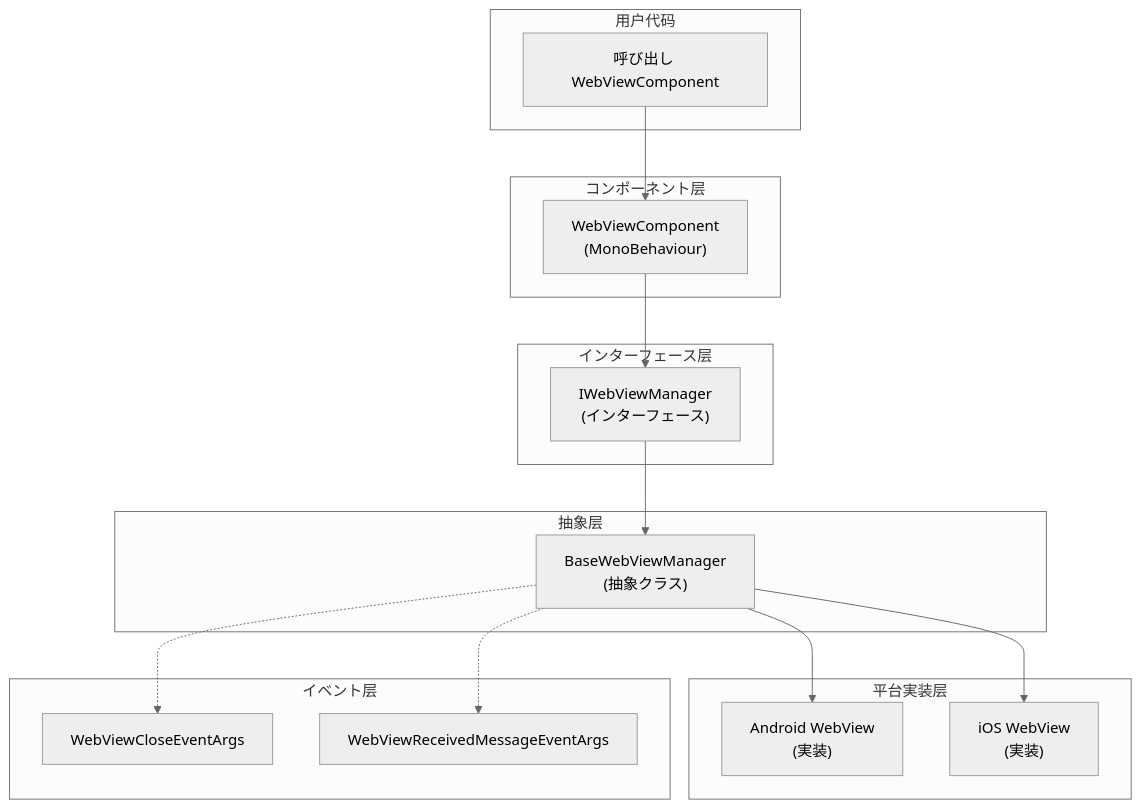
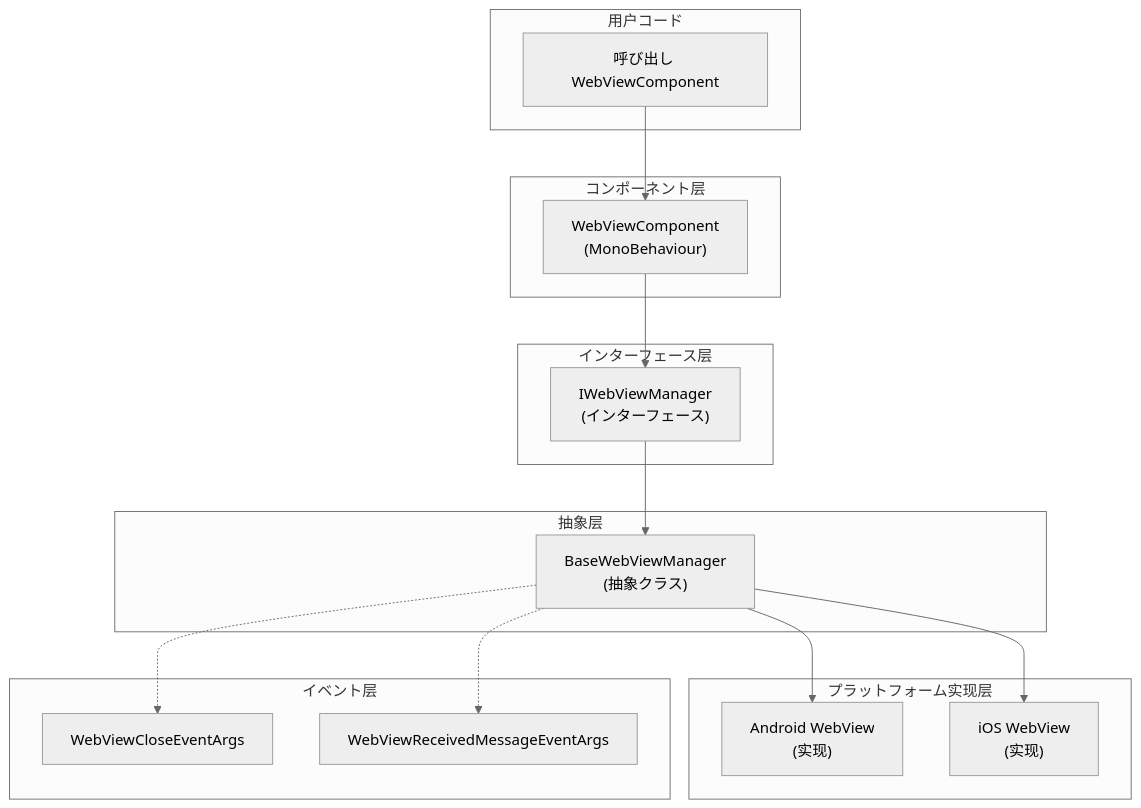
Before and after one commit to AlianBlank/GameFrameX.Docs: the diagram in docs/ja/client/unity/component/webview/06.api-reference.md, drawn with Mermaid (neutral theme). The commit also changed other lines of this file and 320 other files, not shown here.

````diff
--- a/docs/ja/client/unity/component/webview/06.api-reference.md
+++ b/docs/ja/client/unity/component/webview/06.api-reference.md
@@ -17,36 +17,36 @@
 ```mermaid
 graph TD
-    subgraph User["用户代码"]
+    subgraph User["用户コード"]
         UserCode["呼び出し WebViewComponent"]
     end
 
     subgraph ComponentLayer["コンポーネント层"]
         WebViewComponent["WebViewComponent<br/>(MonoBehaviour)"]
     end
 
     subgraph InterfaceLayer["インターフェース层"]
         IWebViewManager["IWebViewManager<br/>(インターフェース)"]
     end
 
     subgraph AbstractLayer["抽象层"]
         BaseWebViewManager["BaseWebViewManager<br/>(抽象クラス)"]
     end
 
-    subgraph PlatformLayer["平台実装层"]
-        AndroidWebView["Android WebView<br/>(実装)"]
-        iOSWebView["iOS WebView<br/>(実装)"]
+    subgraph PlatformLayer["プラットフォーム实现层"]
+        AndroidWebView["Android WebView<br/>(实现)"]
+        iOSWebView["iOS WebView<br/>(实现)"]
     end
 
     subgraph EventLayer["イベント层"]
         WebViewCloseEventArgs["WebViewCloseEventArgs"]
         WebViewReceivedMessageEventArgs["WebViewReceivedMessageEventArgs"]
     end
 
     UserCode --> WebViewComponent
     WebViewComponent --> IWebViewManager
     IWebViewManager --> BaseWebViewManager
     BaseWebViewManager --> AndroidWebView
     BaseWebViewManager --> iOSWebView
     BaseWebViewManager -.-> WebViewCloseEventArgs
     BaseWebViewManager -.-> WebViewReceivedMessageEventArgs
 ```
````
